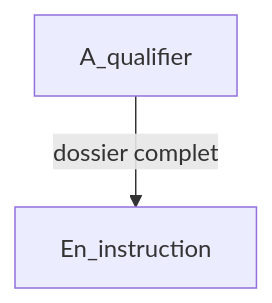
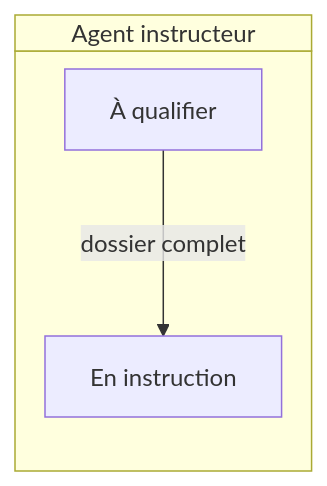
The fifth of 9 diagrams in docs/mermaid-representations.md (pessonnier/plan), drawn with Mermaid before and after one commit. The commit also changed other lines of this file and 52 other files, not shown here.

````diff
--- a/docs/mermaid-representations.md
+++ b/docs/mermaid-representations.md
@@ -76,4 +106,9 @@
 ```mermaid
-flowchart TD
+swimlane-beta TD
+    subgraph Ligne_eau_Agent_instructeur ["Agent instructeur"]
+        A_qualifier["À qualifier"]
+        En_instruction["En instruction"]
+    end
+
     A_qualifier -->|dossier complet| En_instruction
 ```
````
